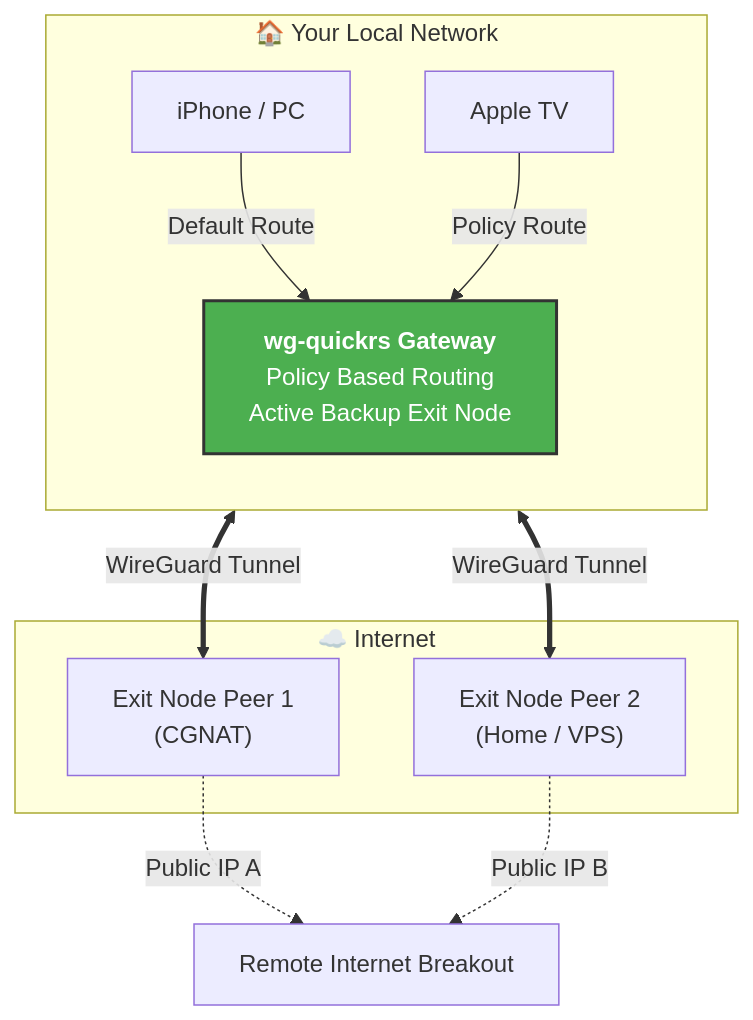
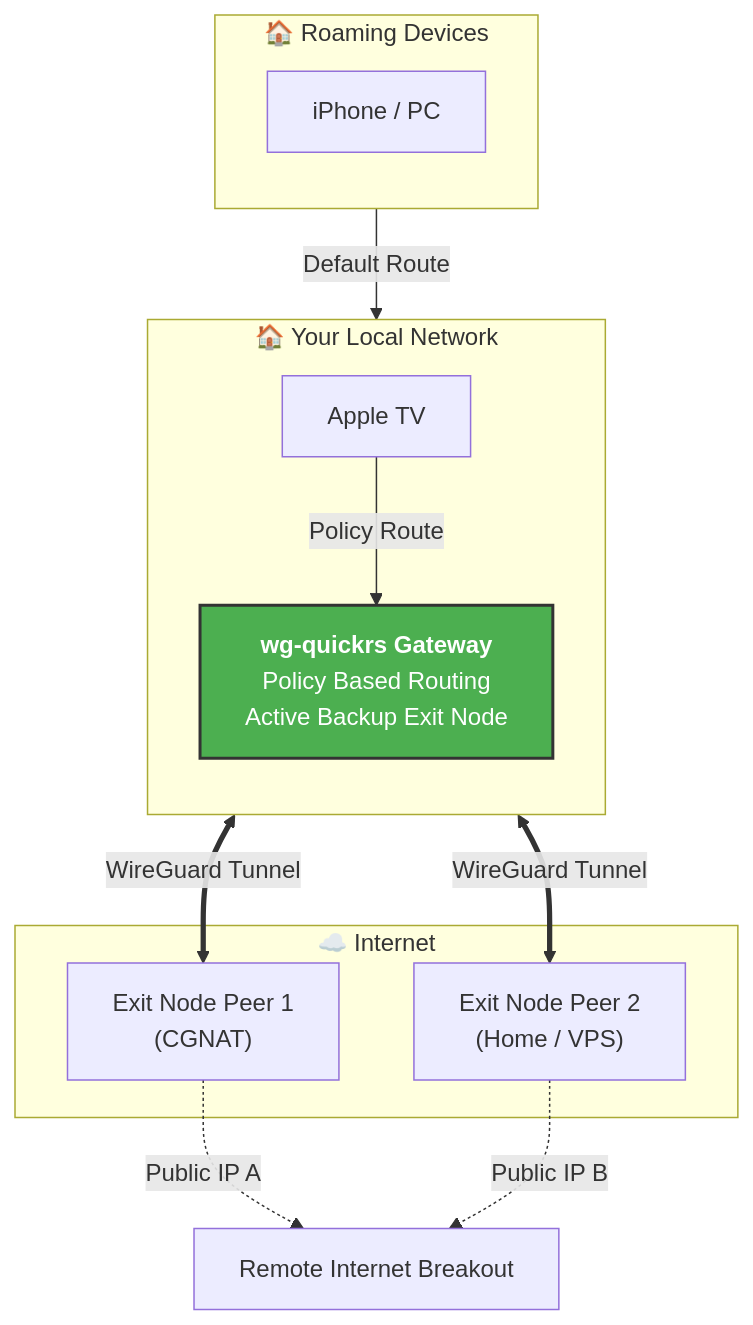
One commit to grizzy255/wg-quickrs-router changed the diagram in README.md. Above: the diagram before and after it, drawn with Mermaid.

Commit message:
fix: Remove HTML tags from mermaid diagram for GitHub compatibility

````diff
--- a/README.md
+++ b/README.md
@@ -33,29 +33,35 @@
 ```mermaid
 flowchart TD
     subgraph LAN ["🏠 Your Local Network"]
         direction TB
-        iPhone["iPhone / PC"]
         ATV["Apple TV"]
         
         %% Use <br/> to break lines manually
         Gateway["<b>wg-quickrs Gateway</b><br/>Policy Based Routing<br/>Active Backup Exit Node"]
     end
 
+    subgraph Local Internet ["🏠 Roaming Devices"]
+        direction TB
+        iPhone["iPhone / PC"]
+    
+        %% Use <br/> to break lines manually
+        Gateway["<b>wg-quickrs Gateway</b><br/>Policy Based Routing<br/>Active Backup Exit Node"]
+    end
     subgraph Internet ["☁️ Internet"]
         Remote1["Exit Node Peer 1<br/>(CGNAT)"]
         Remote2["Exit Node Peer 2<br/>(Home / VPS)"]
     end
 
     %% Connections
     iPhone -->|Default Route| Gateway
     ATV -->|Policy Route| Gateway
     
     Gateway <==>|WireGuard Tunnel| Remote1
     Gateway <==>|WireGuard Tunnel| Remote2
     
     Remote1 -.->|Public IP A| World["Remote Internet Breakout"]
     Remote2 -.->|Public IP B| World
 
     %% Styling
     style Gateway fill:#4CAF50,stroke:#333,stroke-width:2px,color:#fff
 ```
````
